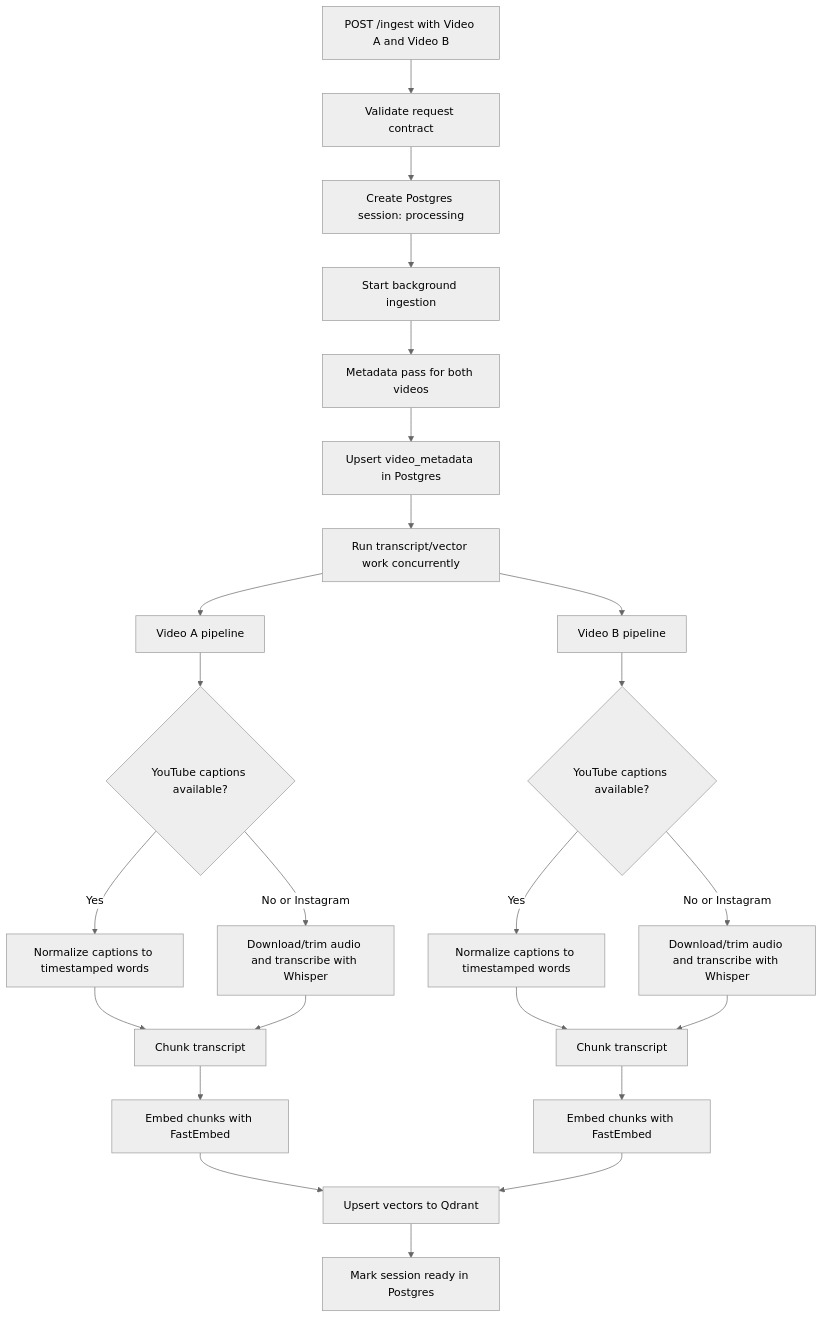
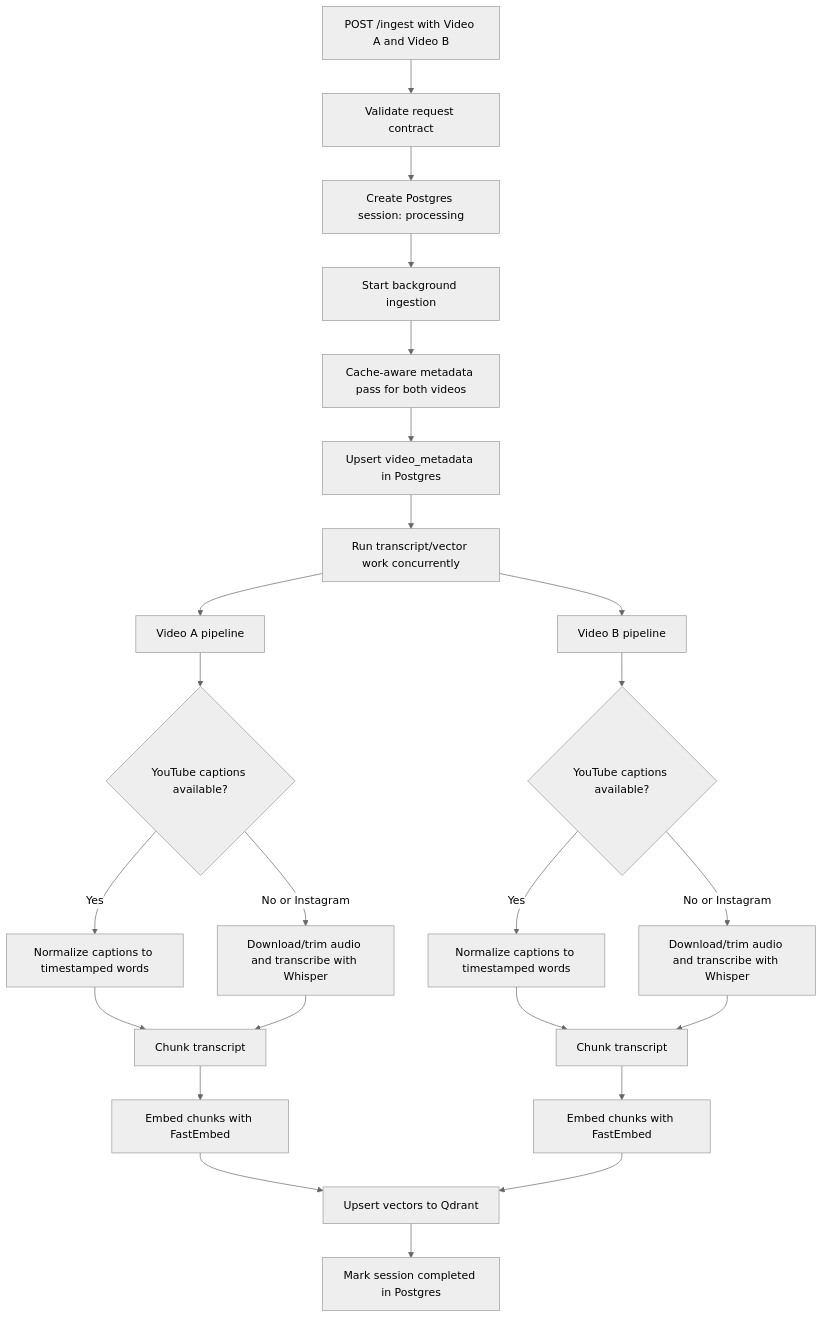
The second of 5 diagrams in docs/phase/phase-1.md (nirmaljb/CreatorGPT), drawn with Mermaid (neutral theme) before and after one commit. The commit also changed other lines of this file and 21 other files, not shown here.

````diff
--- a/docs/phase/phase-1.md
+++ b/docs/phase/phase-1.md
@@ -65,34 +68,34 @@
 ```mermaid
 flowchart TD
     Request[POST /ingest with Video A and Video B] --> Validate[Validate request contract]
     Validate --> Session[Create Postgres session: processing]
     Session --> Background[Start background ingestion]
 
-    Background --> Metadata[Metadata pass for both videos]
+    Background --> Metadata[Cache-aware metadata pass for both videos]
     Metadata --> StoreMeta[Upsert video_metadata in Postgres]
     StoreMeta --> Parallel[Run transcript/vector work concurrently]
 
     Parallel --> VideoA[Video A pipeline]
     Parallel --> VideoB[Video B pipeline]
 
     VideoA --> TranscriptA{YouTube captions available?}
     VideoB --> TranscriptB{YouTube captions available?}
 
     TranscriptA -- Yes --> CaptionsA[Normalize captions to timestamped words]
     TranscriptA -- No or Instagram --> WhisperA[Download/trim audio and transcribe with Whisper]
 
     TranscriptB -- Yes --> CaptionsB[Normalize captions to timestamped words]
     TranscriptB -- No or Instagram --> WhisperB[Download/trim audio and transcribe with Whisper]
 
     CaptionsA --> ChunkA[Chunk transcript]
     WhisperA --> ChunkA
     CaptionsB --> ChunkB[Chunk transcript]
     WhisperB --> ChunkB
 
     ChunkA --> EmbedA[Embed chunks with FastEmbed]
     ChunkB --> EmbedB[Embed chunks with FastEmbed]
 
     EmbedA --> Qdrant[Upsert vectors to Qdrant]
     EmbedB --> Qdrant
-    Qdrant --> Ready[Mark session ready in Postgres]
+    Qdrant --> Done[Mark session completed in Postgres]
 ```
````
